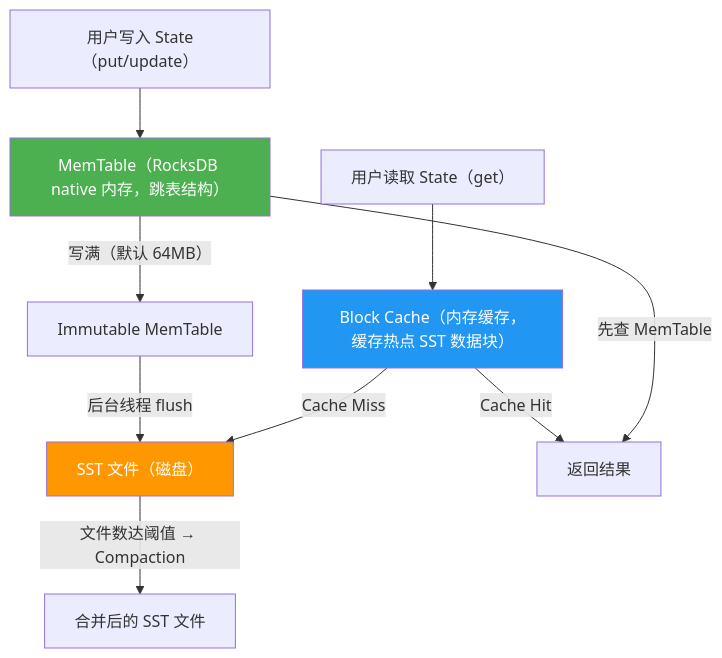
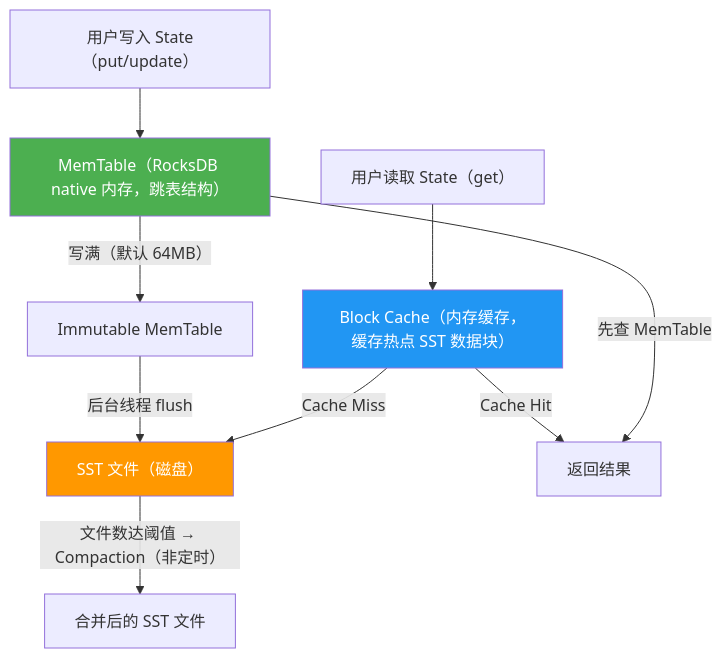
One commit to LiPingjiang/Full-Stack-Knowledge-Book changed the third of 4 diagrams in part6-bigdata/05-Flink-大State专题.md. Above: the diagram before and after it, drawn with Mermaid. The commit also changed other lines of this file and 4 other files, not shown here.

````diff
--- a/part6-bigdata/05-Flink-大State专题.md
+++ b/part6-bigdata/05-Flink-大State专题.md
@@ -232,16 +348,16 @@
 ```mermaid
 graph TD
     Write["用户写入 State（put/update）"] --> MemTable["MemTable（RocksDB native 内存，跳表结构）"]
     MemTable -->|"写满（默认 64MB）"| Immutable["Immutable MemTable"]
     Immutable -->|"后台线程 flush"| SST["SST 文件（磁盘）"]
-    SST -->|"文件数达阈值 → Compaction"| SST2["合并后的 SST 文件"]
+    SST -->|"文件数达阈值 → Compaction（非定时）"| SST2["合并后的 SST 文件"]
 
     Read["用户读取 State（get）"] --> BC["Block Cache（内存缓存，缓存热点 SST 数据块）"]
     BC -->|"Cache Miss"| SST
     BC -->|"Cache Hit"| Result["返回结果"]
     MemTable -->|"先查 MemTable"| Result
 
     style MemTable fill:#4CAF50,color:#fff
     style BC fill:#2196F3,color:#fff
     style SST fill:#FF9800,color:#fff
 ```
````
